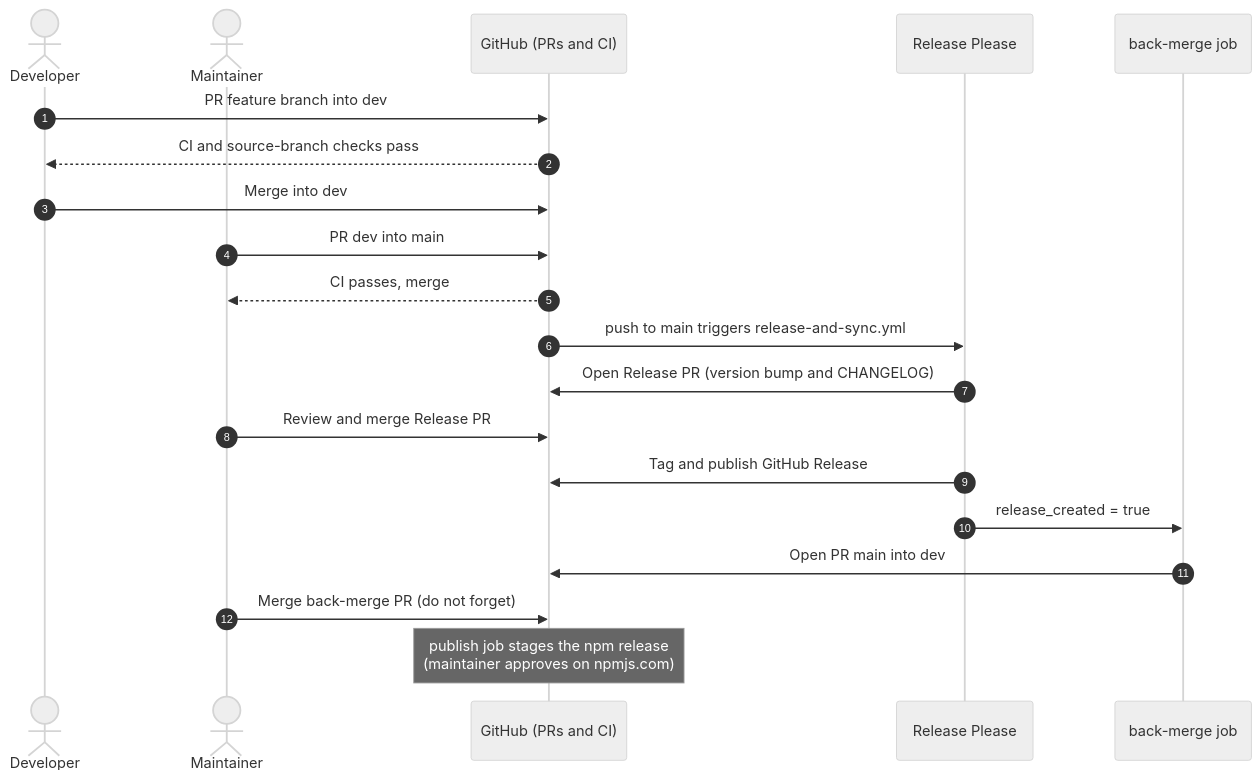
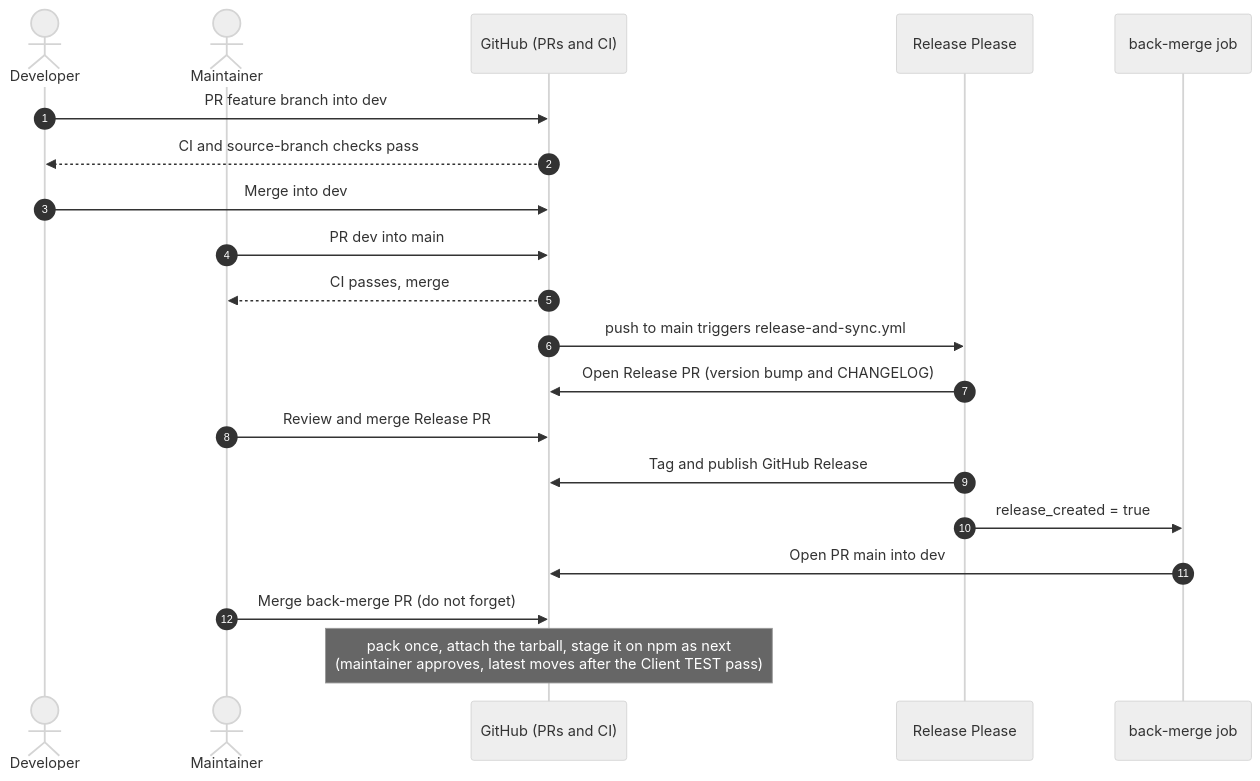
Before and after one commit to Digital-Assistant/Digital-Assistant-SDK: the second of 9 diagrams in RELEASE_PROCESS.md, drawn with Mermaid (neutral theme). The commit also changed other lines of this file and 1 other file, not shown here.

````diff
--- a/RELEASE_PROCESS.md
+++ b/RELEASE_PROCESS.md
@@ -65,23 +65,23 @@
 ```mermaid
 sequenceDiagram
     autonumber
     actor Dev as Developer
     actor Mnt as Maintainer
     participant GH as GitHub (PRs and CI)
     participant RP as Release Please
     participant Bot as back-merge job
 
     Dev->>GH: PR feature branch into dev
     GH-->>Dev: CI and source-branch checks pass
     Dev->>GH: Merge into dev
     Mnt->>GH: PR dev into main
     GH-->>Mnt: CI passes, merge
     GH->>RP: push to main triggers release-and-sync.yml
     RP->>GH: Open Release PR (version bump and CHANGELOG)
     Mnt->>GH: Review and merge Release PR
     RP->>GH: Tag and publish GitHub Release
     RP->>Bot: release_created = true
     Bot->>GH: Open PR main into dev
     Mnt->>GH: Merge back-merge PR (do not forget)
-    Note over GH: publish job stages the npm release<br/>(maintainer approves on npmjs.com)
+    Note over GH: pack once, attach the tarball, stage it on npm as next<br/>(maintainer approves, latest moves after the Client TEST pass)
 ```
````
